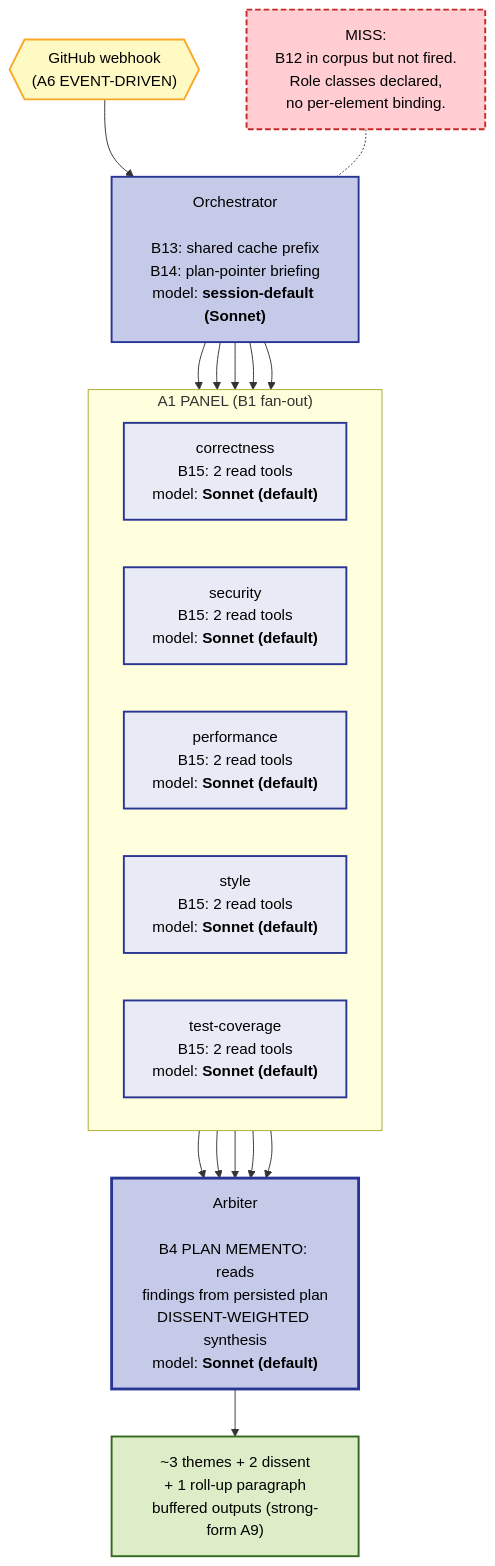
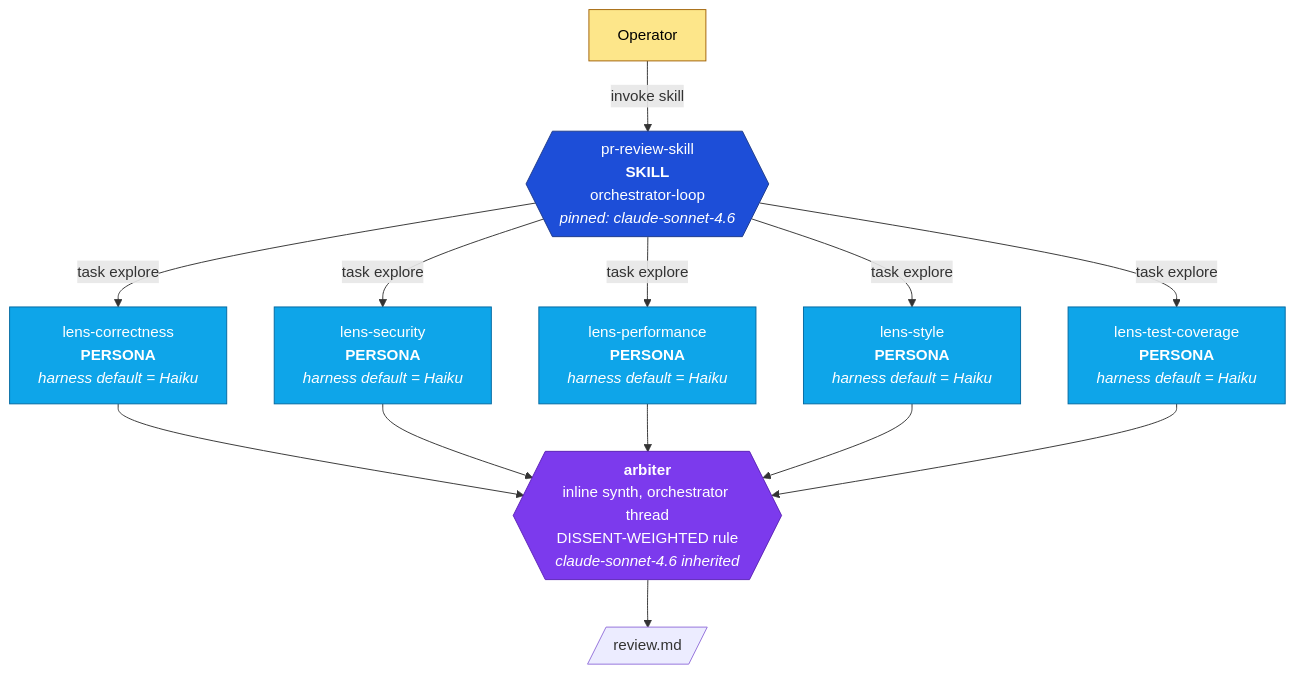
Before and after one commit to jeremiah-snee-openx/genesis: the first of 2 diagrams in dev/empirical-proof/ab-experiment-apm-1424/REPORT.md, drawn with Mermaid. The commit also changed other lines of this file and 11 other files, not shown here.

````diff
--- a/dev/empirical-proof/ab-experiment-apm-1424/REPORT.md
+++ b/dev/empirical-proof/ab-experiment-apm-1424/REPORT.md
@@ -133,32 +34,24 @@
 ```mermaid
 flowchart TB
-    TRIG{{"GitHub webhook<br/>(A6 EVENT-DRIVEN)"}}:::trig
-    ORCH["Orchestrator<br/><br/>B13: shared cache prefix<br/>B14: plan-pointer briefing<br/>model: <b>session-default (Sonnet)</b>"]:::orch
+    classDef sk fill:#1d4ed8,stroke:#1e3a8a,color:#fff
+    classDef ag fill:#0ea5e9,stroke:#0369a1,color:#fff
+    classDef arb fill:#7c3aed,stroke:#5b21b6,color:#fff
+    classDef def fill:#fde68a,stroke:#a16207,color:#000
 
-    subgraph PANEL["A1 PANEL (B1 fan-out)"]
-        direction LR
-        L1["correctness<br/>B15: 2 read tools<br/>model: <b>Sonnet (default)</b>"]:::lens
-        L2["security<br/>B15: 2 read tools<br/>model: <b>Sonnet (default)</b>"]:::lens
-        L3["performance<br/>B15: 2 read tools<br/>model: <b>Sonnet (default)</b>"]:::lens
-        L4["style<br/>B15: 2 read tools<br/>model: <b>Sonnet (default)</b>"]:::lens
-        L5["test-coverage<br/>B15: 2 read tools<br/>model: <b>Sonnet (default)</b>"]:::lens
-    end
+    OP[Operator]:::def -->|invoke skill| OR
+    OR{{pr-review-skill<br/><b>SKILL</b><br/>orchestrator-loop<br/><i>pinned: claude-sonnet-4.6</i>}}:::sk
 
-    ARB["Arbiter<br/><br/>B4 PLAN MEMENTO: reads<br/>findings from persisted plan<br/>DISSENT-WEIGHTED synthesis<br/>model: <b>Sonnet (default)</b>"]:::arb
-    OUT["~3 themes + 2 dissent<br/>+ 1 roll-up paragraph<br/>buffered outputs (strong-form A9)"]:::out
+    OR -->|task explore| L1[lens-correctness<br/><b>PERSONA</b><br/><i>harness default = Haiku</i>]:::ag
+    OR -->|task explore| L2[lens-security<br/><b>PERSONA</b><br/><i>harness default = Haiku</i>]:::ag
+    OR -->|task explore| L3[lens-performance<br/><b>PERSONA</b><br/><i>harness default = Haiku</i>]:::ag
+    OR -->|task explore| L4[lens-style<br/><b>PERSONA</b><br/><i>harness default = Haiku</i>]:::ag
+    OR -->|task explore| L5[lens-test-coverage<br/><b>PERSONA</b><br/><i>harness default = Haiku</i>]:::ag
 
-    MISS["MISS:<br/>B12 in corpus but not fired.<br/>Role classes declared,<br/>no per-element binding."]:::miss
+    L1 --> ARB{{<b>arbiter</b><br/>inline synth, orchestrator thread<br/>DISSENT-WEIGHTED rule<br/><i>claude-sonnet-4.6 inherited</i>}}:::arb
+    L2 --> ARB
+    L3 --> ARB
+    L4 --> ARB
+    L5 --> ARB
 
-    TRIG --> ORCH
-    ORCH --> L1 & L2 & L3 & L4 & L5
-    L1 & L2 & L3 & L4 & L5 --> ARB
-    ARB --> OUT
-    MISS -.- ORCH
-
-    classDef trig fill:#fff9c4,stroke:#f9a825,stroke-width:2px,color:#000
-    classDef orch fill:#c5cae9,stroke:#283593,stroke-width:2px,color:#000
-    classDef lens fill:#e8eaf6,stroke:#283593,stroke-width:2px,color:#000
-    classDef arb fill:#c5cae9,stroke:#283593,stroke-width:3px,color:#000
-    classDef out fill:#dcedc8,stroke:#33691e,stroke-width:2px,color:#000
-    classDef miss fill:#ffcdd2,stroke:#c62828,stroke-width:2px,stroke-dasharray:6 3,color:#000
+    ARB --> OUT[/review.md/]
 ```
````
